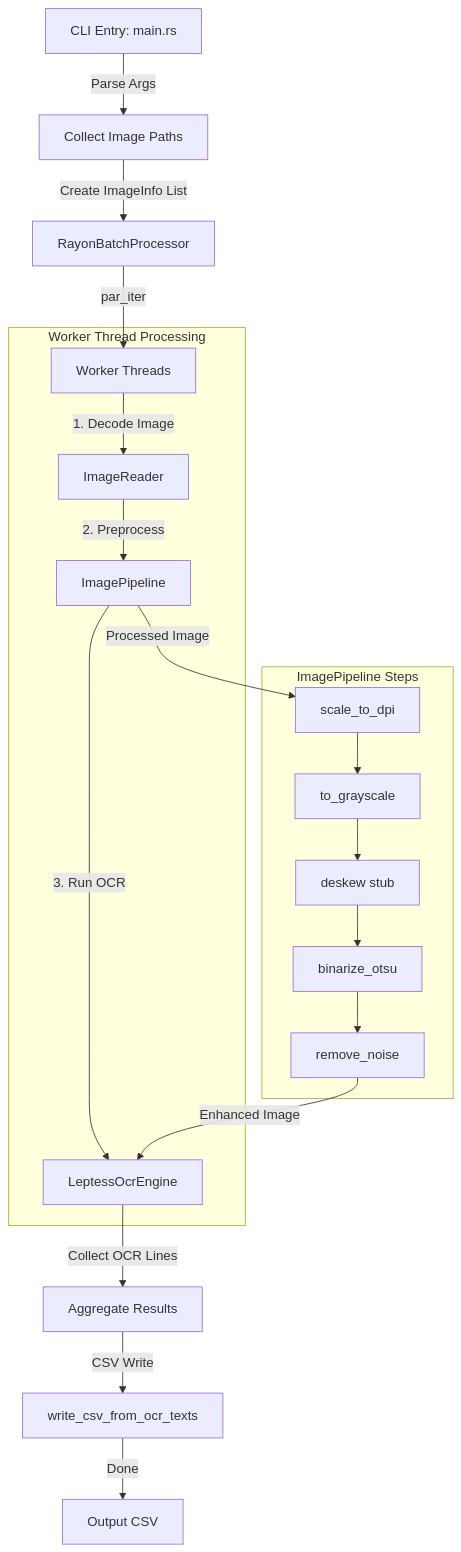
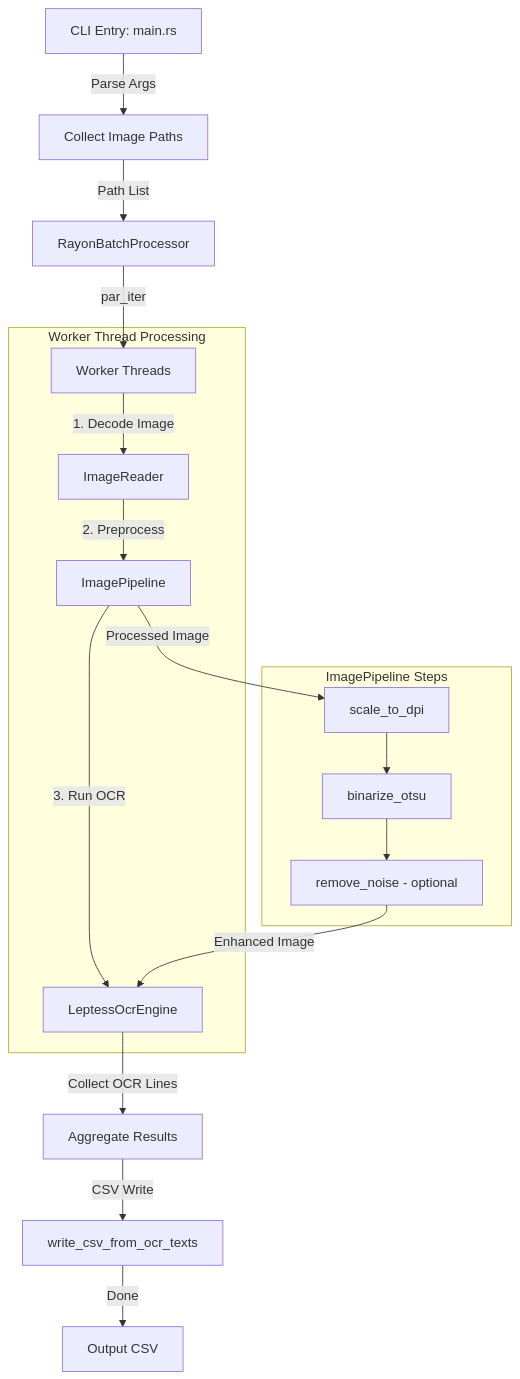
The diagram in agents.md (nicknad/tesseract-tables), drawn with Mermaid before and after one commit. The commit also changed other lines of this file and 4 other files, not shown here.

````diff
--- a/agents.md
+++ b/agents.md
@@ -11,26 +11,24 @@
 ```mermaid
 graph TD
     A[CLI Entry: main.rs] -->|Parse Args| B[Collect Image Paths]
-    B -->|Create ImageInfo List| C[RayonBatchProcessor]
+    B -->|Path List| C[RayonBatchProcessor]
     C -->|par_iter| D[Worker Threads]
     
     subgraph Worker Thread Processing
         D -->|1. Decode Image| E[ImageReader]
         E -->|2. Preprocess| F[ImagePipeline]
         F -->|3. Run OCR| G[LeptessOcrEngine]
     end
     
     subgraph ImagePipeline Steps
-        F1[scale_to_dpi] --> F2[to_grayscale]
-        F2 --> F3[deskew stub]
-        F3 --> F4[binarize_otsu]
-        F4 --> F5[remove_noise]
+        F1[scale_to_dpi] --> F2[binarize_otsu]
+        F2 --> F3[remove_noise - optional]
     end
     
     F -->|Processed Image| F1
-    F5 -->|Enhanced Image| G
+    F3 -->|Enhanced Image| G
     
     G -->|Collect OCR Lines| H[Aggregate Results]
     H -->|CSV Write| I[write_csv_from_ocr_texts]
     I -->|Done| J[Output CSV]
 ```
````
